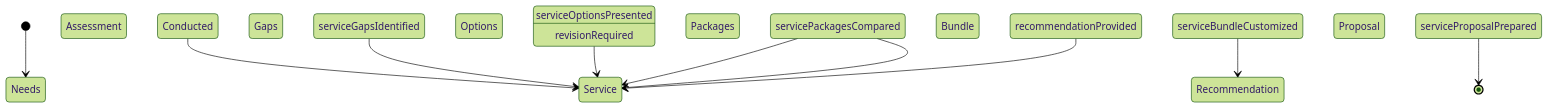
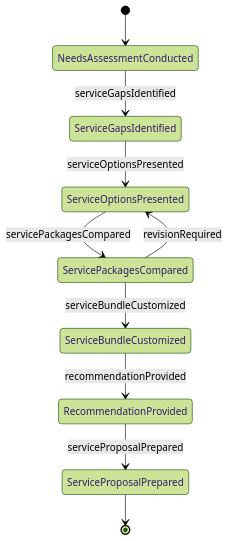
One commit to dot-org-ai/tasks.org.ai changed the second of 4 diagrams in CommunicatingWithSupervisorsPeersOrSubordinates/ConferWithClientsToDetermineNeedsOrOrderSpecifications/DiscussServiceOptionsNeedsClients.mdx. Above: the diagram before and after it, drawn with Mermaid (forest theme). The commit also changed other lines of this file and 515 other files, not shown here.

````diff
--- a/CommunicatingWithSupervisorsPeersOrSubordinates/ConferWithClientsToDetermineNeedsOrOrderSpecifications/DiscussServiceOptionsNeedsClients.mdx
+++ b/CommunicatingWithSupervisorsPeersOrSubordinates/ConferWithClientsToDetermineNeedsOrOrderSpecifications/DiscussServiceOptionsNeedsClients.mdx
@@ -100,12 +100,12 @@
 ```mermaid
 stateDiagram-v2
-    [*] --> Needs Assessment Conducted
-    Needs Assessment Conducted --> Service Gaps Identified : serviceGapsIdentified
-    Service Gaps Identified --> Service Options Presented : serviceOptionsPresented
-    Service Options Presented --> Service Packages Compared : servicePackagesCompared
-    Service Packages Compared --> Service Bundle Customized : serviceBundleCustomized
-    Service Bundle Customized --> Recommendation Provided : recommendationProvided
-    Recommendation Provided --> Service Proposal Prepared : serviceProposalPrepared
-    Service Packages Compared --> Service Options Presented : revisionRequired
-    Service Proposal Prepared --> [*]
+    [*] --> NeedsAssessmentConducted
+    NeedsAssessmentConducted --> ServiceGapsIdentified : serviceGapsIdentified
+    ServiceGapsIdentified --> ServiceOptionsPresented : serviceOptionsPresented
+    ServiceOptionsPresented --> ServicePackagesCompared : servicePackagesCompared
+    ServicePackagesCompared --> ServiceBundleCustomized : serviceBundleCustomized
+    ServiceBundleCustomized --> RecommendationProvided : recommendationProvided
+    RecommendationProvided --> ServiceProposalPrepared : serviceProposalPrepared
+    ServicePackagesCompared --> ServiceOptionsPresented : revisionRequired
+    ServiceProposalPrepared --> [*]
 ```
````
